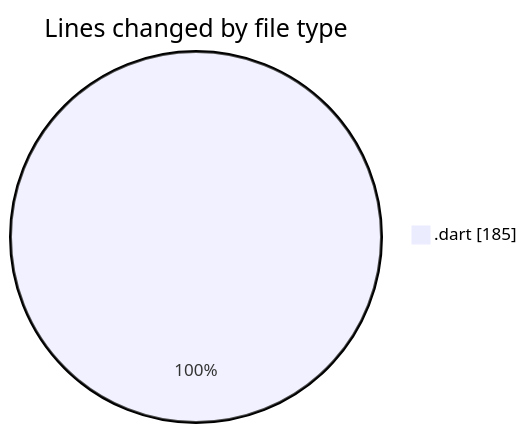
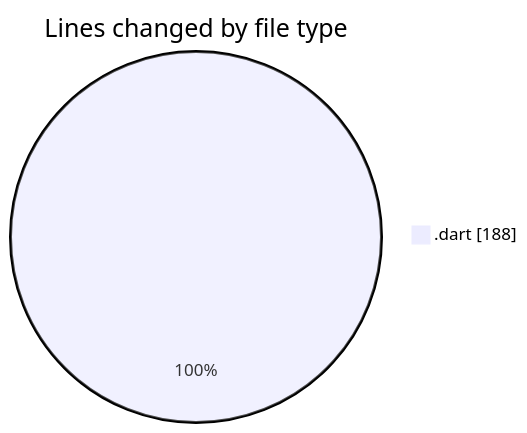
One commit to donsfak/code-tracking changed the first of 2 diagrams in 2025-01-26/trackers_app/README.md. Above: the diagram before and after it, drawn with Mermaid. The commit also changed other lines of this file and 1 other file, not shown here.

````diff
--- a/2025-01-26/trackers_app/README.md
+++ b/2025-01-26/trackers_app/README.md
@@ -21,5 +21,5 @@
 ```mermaid
 pie showData
 title Lines changed by file type
-".dart" : 185
+".dart" : 188
 ```
````
